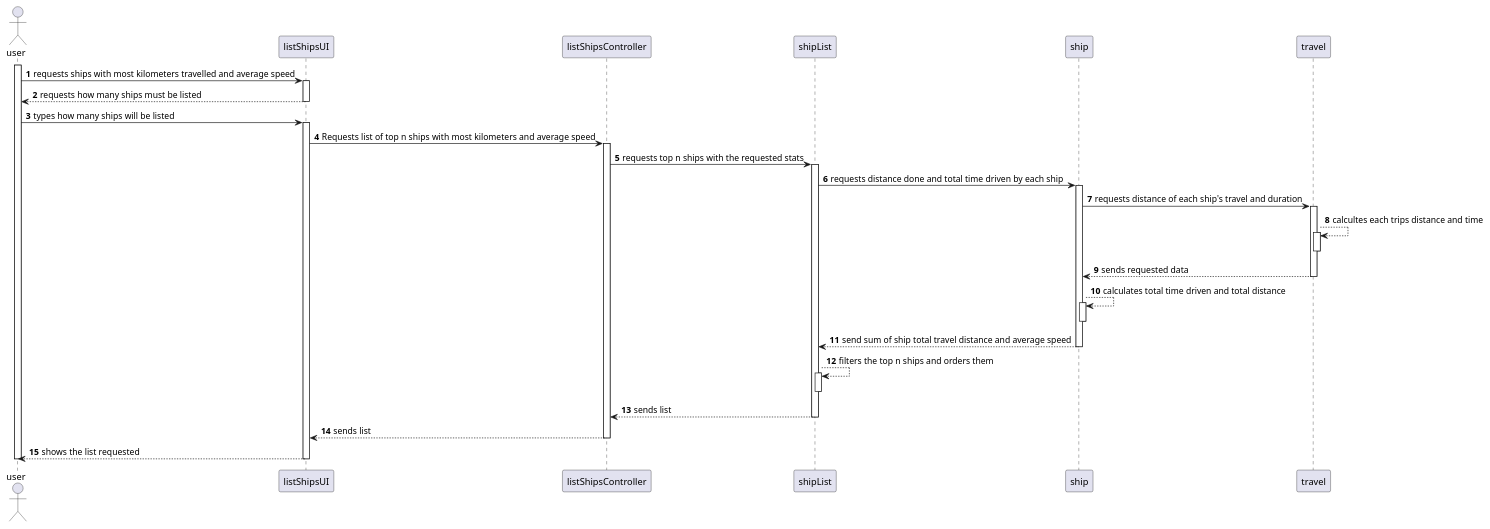
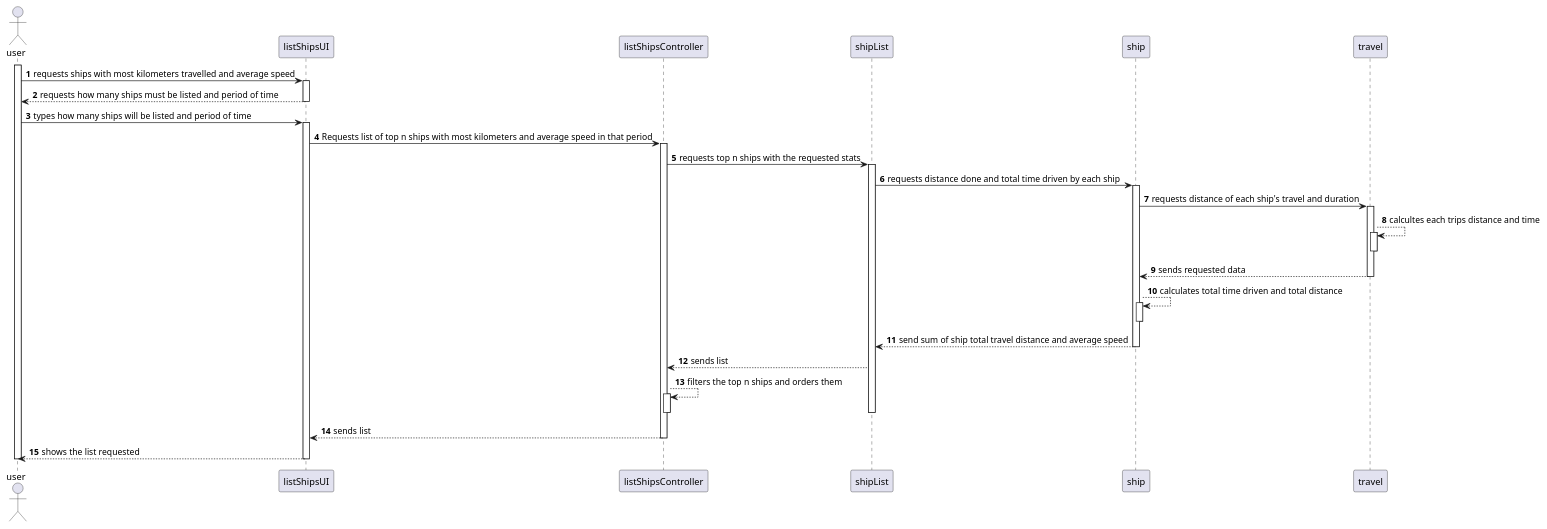
The diagram in docs/Sprint1/US106/SD.puml (mpoboas/lapr3-2021-g102), drawn with PlantUML before and after one commit. The commit also changed 5 other files, not shown here.

```diff
--- a/docs/Sprint1/US106/SD.puml
+++ b/docs/Sprint1/US106/SD.puml
@@ -1,44 +1,44 @@
 @startuml
 actor user as usr
 participant  listShipsUI as UI
 participant listShipsController as Controller
 participant shipList as sl
 participant ship as ship
 participant travel as travel
 autonumber
 activate usr
 usr -> UI : requests ships with most kilometers travelled and average speed
 activate UI
-UI --> usr : requests how many ships must be listed
+UI --> usr : requests how many ships must be listed and period of time
 deactivate UI
-usr -> UI: types how many ships will be listed
+usr -> UI: types how many ships will be listed and period of time
 activate UI
-UI -> Controller : Requests list of top n ships with most kilometers and average speed
+UI -> Controller : Requests list of top n ships with most kilometers and average speed in that period
 activate Controller
 Controller -> sl : requests top n ships with the requested stats
 activate sl
 sl -> ship : requests distance done and total time driven by each ship
 activate ship
 ship -> travel: requests distance of each ship's travel and duration
 activate travel
 travel --> travel : calcultes each trips distance and time
 activate travel
 deactivate travel
 travel --> ship: sends requested data
 deactivate travel
 ship -->ship : calculates total time driven and total distance
 activate ship
 deactivate ship
 ship --> sl : send sum of ship total travel distance and average speed
 deactivate ship
-sl -->sl : filters the top n ships and orders them
-activate sl
-deactivate sl
 sl --> Controller : sends list
+Controller -->Controller : filters the top n ships and orders them
+activate Controller
+deactivate Controller
 deactivate sl
 Controller --> UI :  sends list
 deactivate Controller
 UI --> usr : shows the list requested
 deactivate UI
 deactivate usr
 @enduml
```
